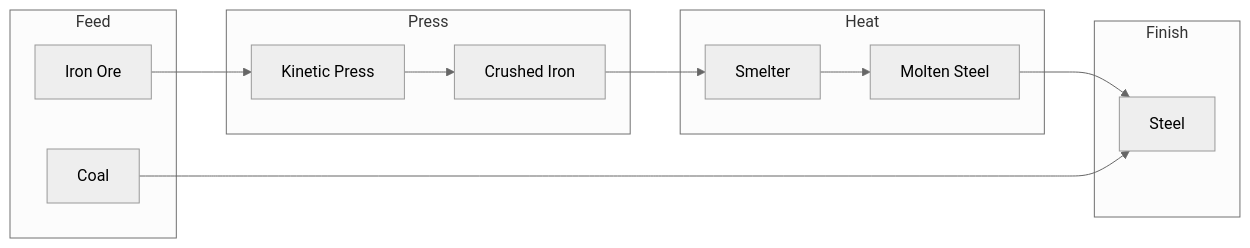
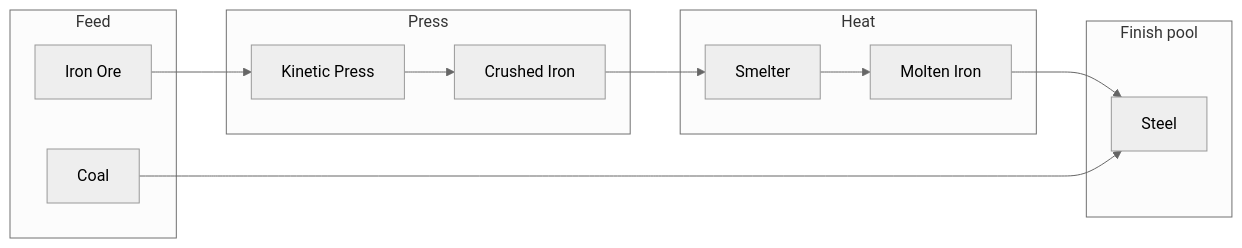
Before and after one commit to sandustry-modding/SandustryStoneworks: the third of 5 diagrams in docs/steel.md, drawn with Mermaid (neutral theme). The commit also changed other lines of this file and 12 other files, not shown here.

First line of the commit message:
Finish steel from two molten iron neighbors and make the metals fall as heavy solids.

````diff
--- a/docs/steel.md
+++ b/docs/steel.md
@@ -37,25 +55,25 @@
 ```mermaid
 flowchart LR
   subgraph feed [Feed]
     IO[Iron Ore]
     C[Coal]
   end
 
   subgraph pressBay [Press]
     KP[Kinetic Press]
     CI[Crushed Iron]
   end
 
   subgraph heatBay [Heat]
     SM[Smelter]
-    MS[Molten Steel]
+    MI[Molten Iron]
   end
 
-  subgraph finish [Finish]
+  subgraph finish [Finish pool]
     ST[Steel]
   end
 
-  IO --> KP --> CI --> SM --> MS
-  MS --> ST
+  IO --> KP --> CI --> SM --> MI
+  MI --> ST
   C --> ST
 ```
````
